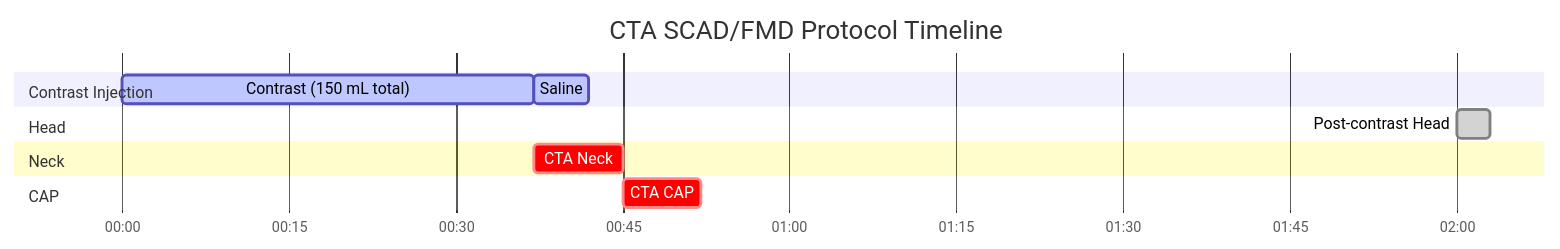
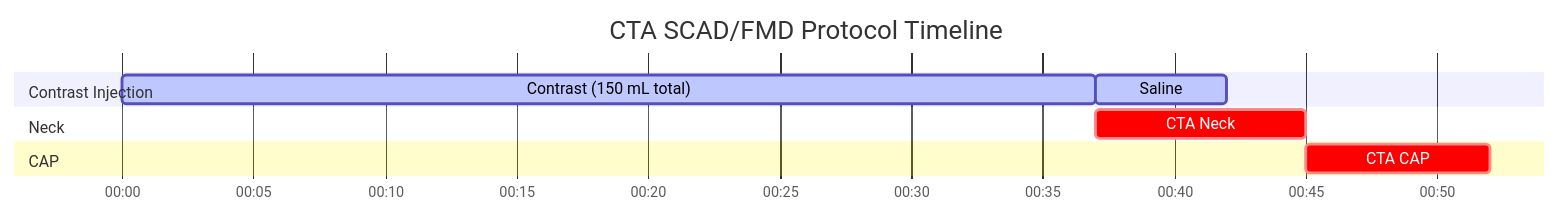
One commit to dfergs93/radiology-protocols changed the diagram in docs/ct/vascular/cta-scadfmd-protocol.md. Above: the diagram before and after it, drawn with Mermaid. The commit also changed 26 other files, not shown here.

````diff
--- a/docs/ct/vascular/cta-scadfmd-protocol.md
+++ b/docs/ct/vascular/cta-scadfmd-protocol.md
@@ -87,22 +87,20 @@
   ```mermaid
   ---
   displayMode: compact
   config:
     theme: default
     themeCSS: " #Saline{ fill: #4ed5ff; stroke: #2094f3; } "
   ---
     gantt
       title CTA SCAD/FMD Protocol Timeline
       dateFormat mm:ss
       axisFormat %M:%S 
       
       section Contrast Injection
       Contrast (150 mL total)    :active, contrast, 00:00, 37s
       Saline          :active, saline, after contrast, 5s
-      section Head
-      Post-contrast Head    :done, scan1, 02:00, 3s
       section Neck
       CTA Neck    :crit, scan2, after contrast, 8s
       section CAP
       CTA CAP    :crit, scan3, 00:45, 7s
   ```
````
